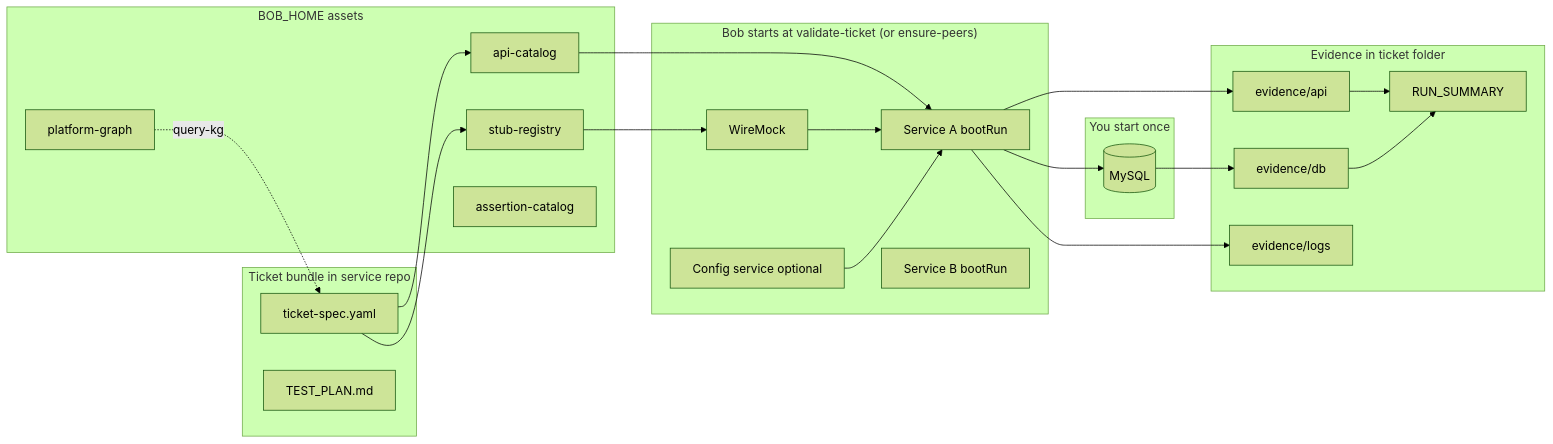
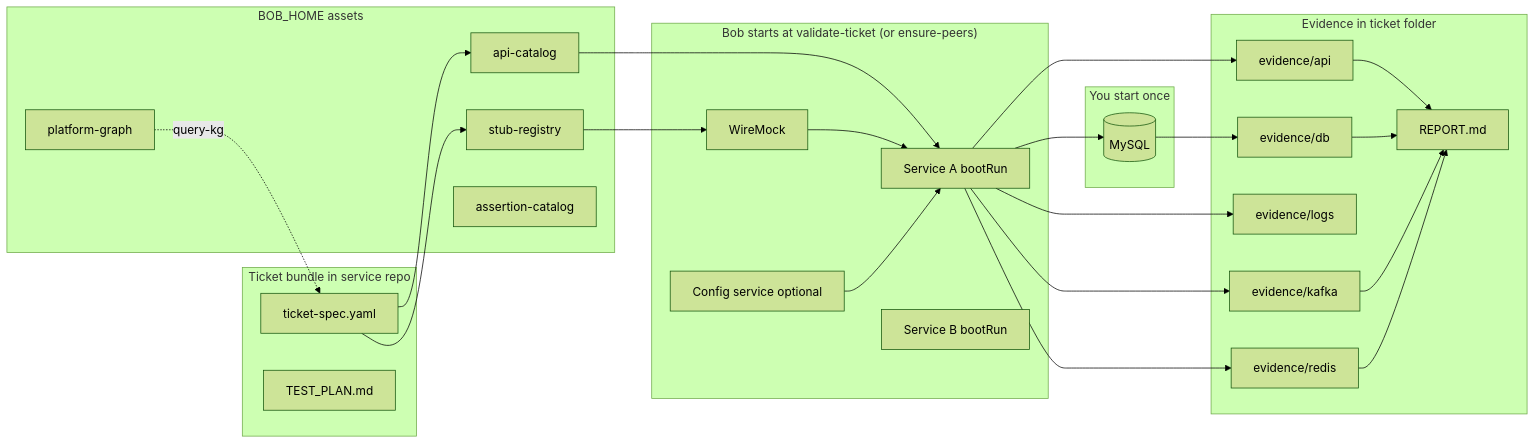
The diagram in docs/TDD_SYSTEM_DEVELOPER_GUIDE.md (trusttAshutosh/bob-the-builder), drawn with Mermaid (forest theme) before and after one commit. The commit also changed other lines of this file and 48 other files, not shown here.

Commit message:
docs: align all guides with REPORT + Kafka/Redis evidence

````diff
--- a/docs/TDD_SYSTEM_DEVELOPER_GUIDE.md
+++ b/docs/TDD_SYSTEM_DEVELOPER_GUIDE.md
@@ -22,41 +22,47 @@
 ```mermaid
 flowchart LR
   subgraph spec["Ticket bundle in service repo"]
     TS[ticket-spec.yaml]
     TP[TEST_PLAN.md]
   end
   subgraph bobhome["BOB_HOME assets"]
     AC[api-catalog]
     SR[stub-registry]
     AS[assertion-catalog]
     PG[platform-graph]
   end
   subgraph runtime["Bob starts at validate-ticket (or ensure-peers)"]
     S1[Service A bootRun]
     S2[Service B bootRun]
     CFG[Config service optional]
     WM[WireMock]
   end
   subgraph you["You start once"]
     MY[(MySQL)]
   end
   subgraph proof["Evidence in ticket folder"]
     API[evidence/api]
     DB[evidence/db]
     LOG[evidence/logs]
-    RPT[RUN_SUMMARY]
+    KFK[evidence/kafka]
+    RDS[evidence/redis]
+    RPT[REPORT.md]
   end
   TS --> AC
   TS --> SR
   AC --> S1
   SR --> WM
   WM --> S1
   CFG --> S1
   S1 --> API
   S1 --> LOG
+  S1 --> KFK
+  S1 --> RDS
   S1 --> MY
   MY --> DB
   API --> RPT
   DB --> RPT
+  KFK --> RPT
+  RDS --> RPT
   PG -.->|query-kg| TS
 ```
````
